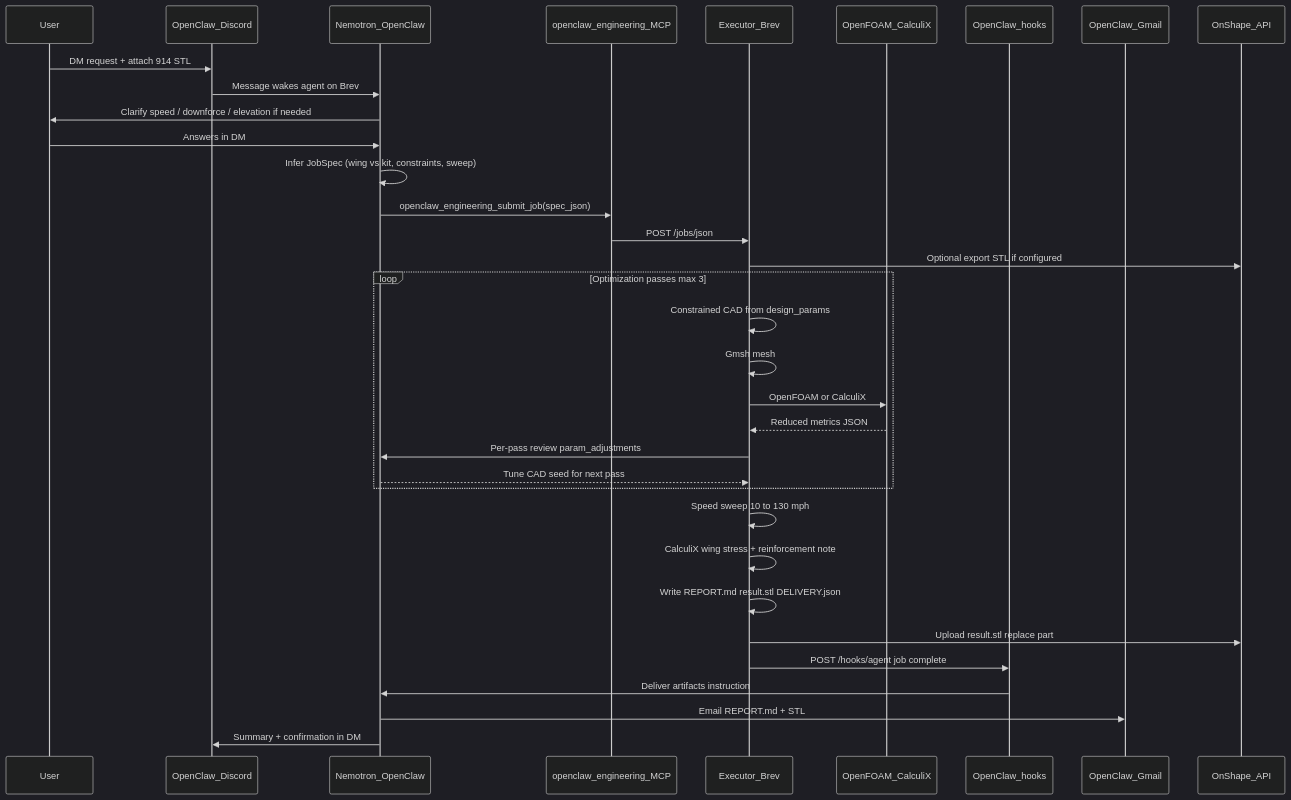
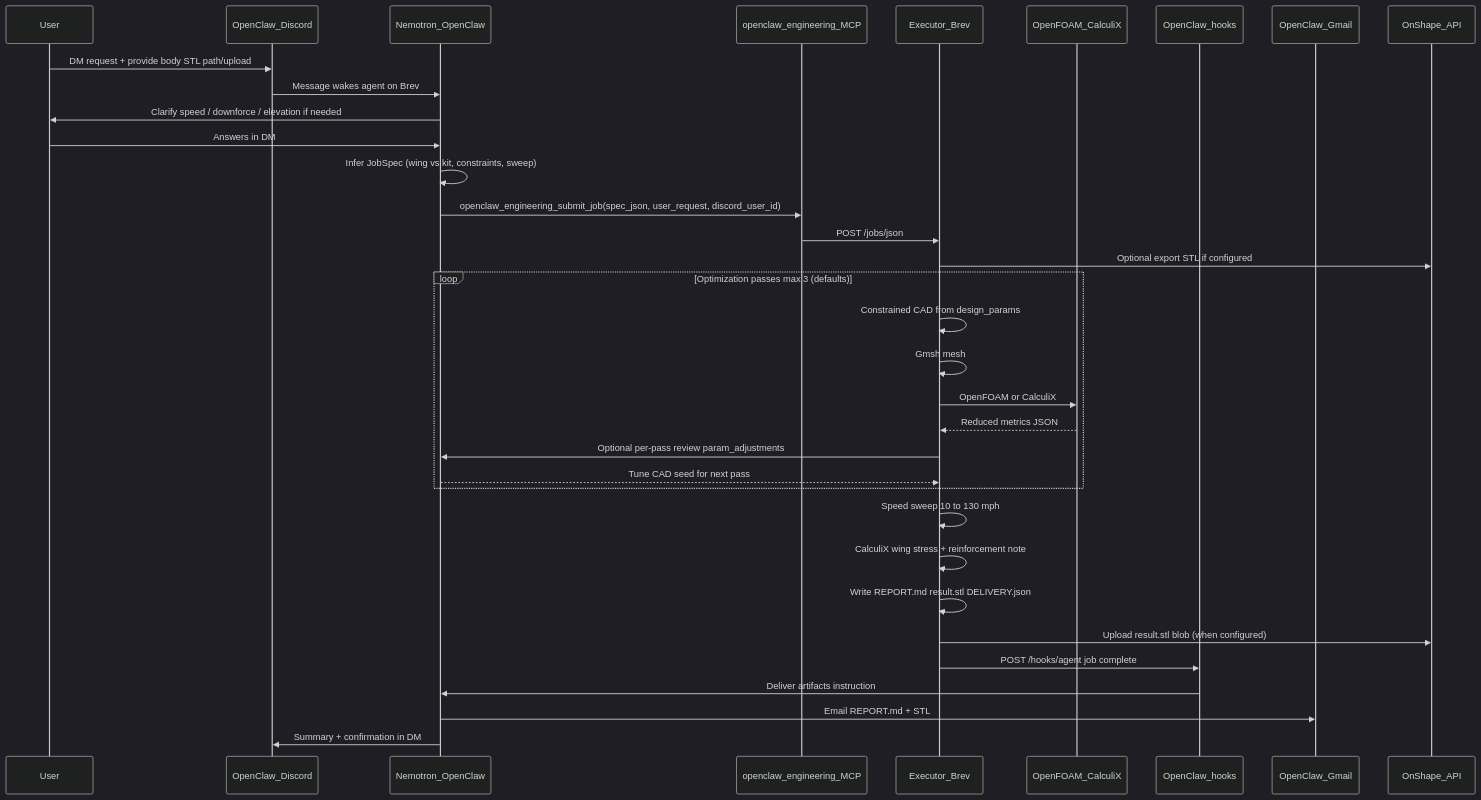
Before and after one commit to SaahithV6/Nemoclawgineer: the diagram in docs/ORCHESTRATION_FLOW.md, drawn with Mermaid (dark theme). The commit also changed other lines of this file and 16 other files, not shown here.

````diff
--- a/docs/ORCHESTRATION_FLOW.md
+++ b/docs/ORCHESTRATION_FLOW.md
@@ -23,37 +23,37 @@
 ```mermaid
 sequenceDiagram
   participant User
   participant Discord as OpenClaw_Discord
   participant Agent as Nemotron_OpenClaw
   participant MCP as openclaw_engineering_MCP
   participant Exec as Executor_Brev
   participant OF as OpenFOAM_CalculiX
   participant Hook as OpenClaw_hooks
   participant Gmail as OpenClaw_Gmail
   participant OnShape as OnShape_API
 
-  User->>Discord: DM request + attach 914 STL
+  User->>Discord: DM request + provide body STL path/upload
   Discord->>Agent: Message wakes agent on Brev
   Agent->>User: Clarify speed / downforce / elevation if needed
   User->>Agent: Answers in DM
   Agent->>Agent: Infer JobSpec (wing vs kit, constraints, sweep)
-  Agent->>MCP: openclaw_engineering_submit_job(spec_json)
+  Agent->>MCP: openclaw_engineering_submit_job(spec_json, user_request, discord_user_id)
   MCP->>Exec: POST /jobs/json
   Exec->>OnShape: Optional export STL if configured
-  loop Optimization passes max 3
+  loop Optimization passes max 3 (defaults)
     Exec->>Exec: Constrained CAD from design_params
     Exec->>Exec: Gmsh mesh
     Exec->>OF: OpenFOAM or CalculiX
     OF-->>Exec: Reduced metrics JSON
-    Exec->>Agent: Per-pass review param_adjustments
+    Exec->>Agent: Optional per-pass review param_adjustments
     Agent-->>Exec: Tune CAD seed for next pass
   end
   Exec->>Exec: Speed sweep 10 to 130 mph
   Exec->>Exec: CalculiX wing stress + reinforcement note
   Exec->>Exec: Write REPORT.md result.stl DELIVERY.json
-  Exec->>OnShape: Upload result.stl replace part
+  Exec->>OnShape: Upload result.stl blob (when configured)
   Exec->>Hook: POST /hooks/agent job complete
   Hook->>Agent: Deliver artifacts instruction
   Agent->>Gmail: Email REPORT.md + STL
   Agent->>Discord: Summary + confirmation in DM
 ```
````
